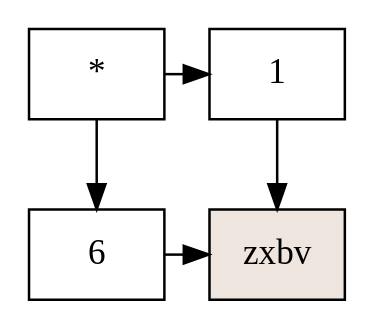
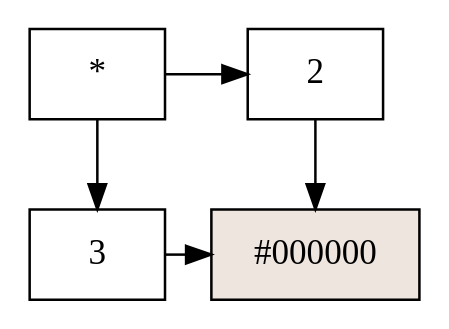
Before and after one commit to Eduardo01004/EDD_2S2019_PY1_201612124: the diagram in Proyecto1/Matriz.dot, drawn with Graphviz. The commit also changed 15 other files, not shown here.

```diff
--- a/Proyecto1/Matriz.dot
+++ b/Proyecto1/Matriz.dot
@@ -1,13 +1,13 @@
 digraph G{
 node [shape = box] 
 raiz[label="*"  group=1];
-13113000 [label="6" group = 1]; 
-13112968 [label="1" group = 3]; 
-raiz -> 13113000;
-raiz -> 13112968;
-{ rank  = same; raiz 13112968; }
-13113032 [style=filled,fillcolor=seashell2,label= "zxbv" group = 3 ]; 
-13113000->13113032;
-{ rank = same; 13113000; 13113032; }
-13112968->13113032;
+8460240 [label="3" group = 1]; 
+8460208 [label="2" group = 4]; 
+raiz -> 8460240;
+raiz -> 8460208;
+{ rank  = same; raiz 8460208; }
+8498176 [style=filled,fillcolor=seashell2,label= "#000000" group = 4 ]; 
+8460240->8498176;
+{ rank = same; 8460240; 8498176; }
+8460208->8498176;
 }
```
